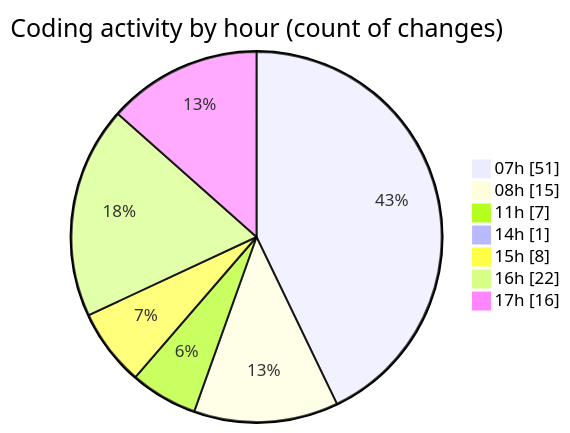
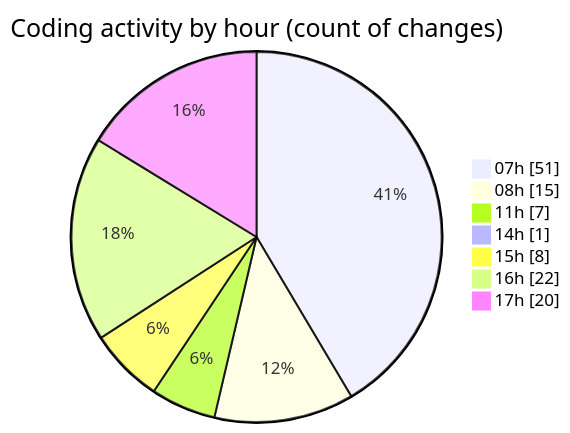
One commit to robertbonfada/code-tracking changed the second of 2 diagrams in 2025-01-17/mbc-web/README.md. Above: the diagram before and after it, drawn with Mermaid. The commit also changed other lines of this file and 1 other file, not shown here.

````diff
--- a/2025-01-17/mbc-web/README.md
+++ b/2025-01-17/mbc-web/README.md
@@ -49,11 +49,11 @@
 ```mermaid
 pie showData
 title Coding activity by hour (count of changes)
 "07h" : 51
 "08h" : 15
 "11h" : 7
 "14h" : 1
 "15h" : 8
 "16h" : 22
-"17h" : 16
+"17h" : 20
 ```
````
